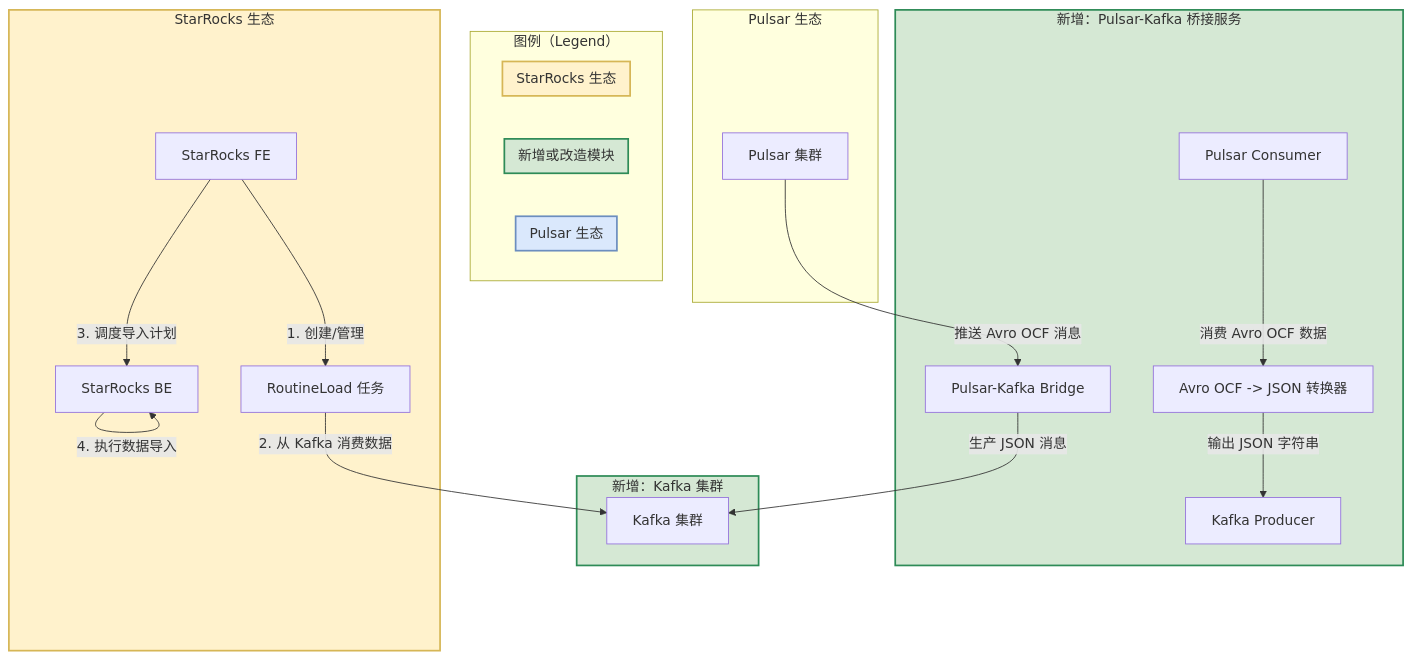
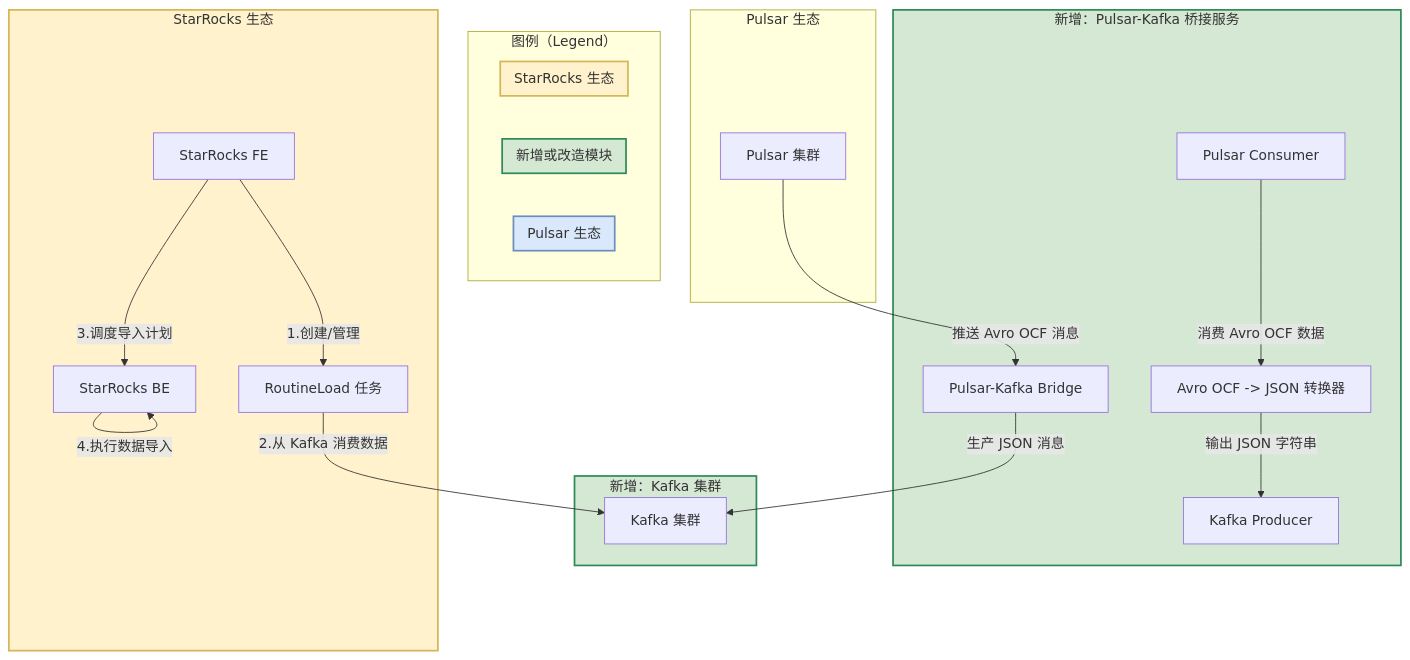
Before and after one commit to turtacn/staravail: the first of 2 diagrams in docs/pulsar-kafka-bridge.md, drawn with Mermaid. The commit also changed other lines of this file, not shown here.

````diff
--- a/docs/pulsar-kafka-bridge.md
+++ b/docs/pulsar-kafka-bridge.md
@@ -30,51 +30,51 @@
 ```mermaid
 graph TD
     %% 新方案架构图
     subgraph LEGEND[图例（Legend）]
         direction LR
         subgraph EXISTING[Pulsar 生态]
             style EXISTING fill:#DAE8FC,stroke:#6C8EBF,stroke-width:2px
         end
         subgraph NEW[新增或改造模块]
             style NEW fill:#D5E8D4,stroke:#2E8B57,stroke-width:2px
         end
         subgraph STARROCKS[StarRocks 生态]
             style STARROCKS fill:#FFF2CC,stroke:#D6B656,stroke-width:2px
         end
     end
 
     subgraph PULSAR_ECO[Pulsar 生态]
         P[Pulsar 集群]
     end
 
     subgraph BRIDGE_SYSTEM[新增：Pulsar-Kafka 桥接服务]
         style BRIDGE_SYSTEM fill:#D5E8D4,stroke:#2E8B57,stroke-width:2px
         PKB[Pulsar-Kafka Bridge]
         PKB_C[Pulsar Consumer]
         PKB_T[Avro OCF -> JSON 转换器]
         PKB_P[Kafka Producer]
         
         PKB_C --> |消费 Avro OCF 数据| PKB_T
         PKB_T --> |输出 JSON 字符串| PKB_P
     end
 
     subgraph KAFKA_ECO[新增：Kafka 集群]
          style KAFKA_ECO fill:#D5E8D4,stroke:#2E8B57,stroke-width:2px
         K[Kafka 集群]
     end
 
     subgraph STARROCKS_ECO[StarRocks 生态]
         style STARROCKS_ECO fill:#FFF2CC,stroke:#D6B656,stroke-width:2px
         SR_FE[StarRocks FE]
         SR_BE[StarRocks BE]
         RL[RoutineLoad 任务]
 
-        SR_FE -- "1. 创建/管理" --> RL
-        RL -- "2. 从 Kafka 消费数据" --> K
-        SR_FE -- "3. 调度导入计划" --> SR_BE
-        SR_BE -- "4. 执行数据导入" --> SR_BE
+        SR_FE -- "1.创建/管理" --> RL
+        RL -- "2.从 Kafka 消费数据" --> K
+        SR_FE -- "3.调度导入计划" --> SR_BE
+        SR_BE -- "4.执行数据导入" --> SR_BE
     end
 
     P -- "推送 Avro OCF 消息" --> PKB
     PKB -- "生产 JSON 消息" --> K
 ```
````
